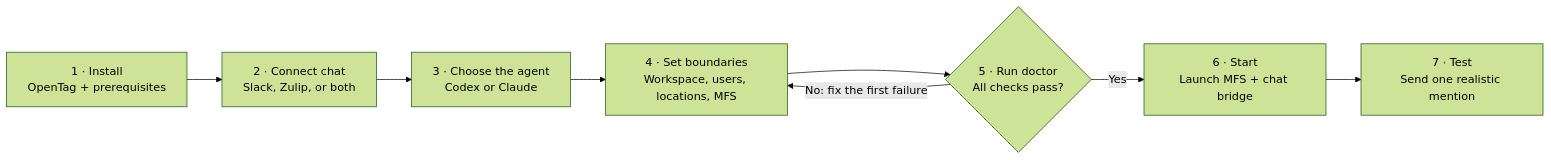
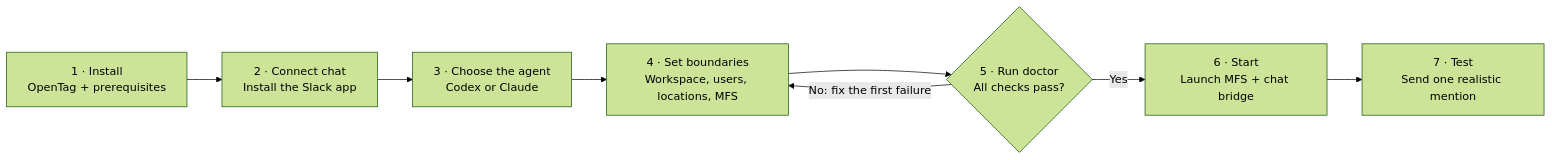
One commit to klovr-co/hover-tag changed the second of 4 diagrams in docs/user-flows.md. Above: the diagram before and after it, drawn with Mermaid (forest theme). The commit also changed other lines of this file and 22 other files, not shown here.

````diff
--- a/docs/user-flows.md
+++ b/docs/user-flows.md
@@ -84,14 +74,14 @@
 ```mermaid
 flowchart LR
     A["1 · Install<br/>OpenTag + prerequisites"]
-    B["2 · Connect chat<br/>Slack, Zulip, or both"]
+    B["2 · Connect chat<br/>Install the Slack app"]
     C["3 · Choose the agent<br/>Codex or Claude"]
     D["4 · Set boundaries<br/>Workspace, users, locations, MFS"]
     E{"5 · Run doctor<br/>All checks pass?"}
     F["6 · Start<br/>Launch MFS + chat bridge"]
     G["7 · Test<br/>Send one realistic mention"]
 
     A --> B --> C --> D --> E
     E -->|No: fix the first failure| D
     E -->|Yes| F --> G
 ```
````
